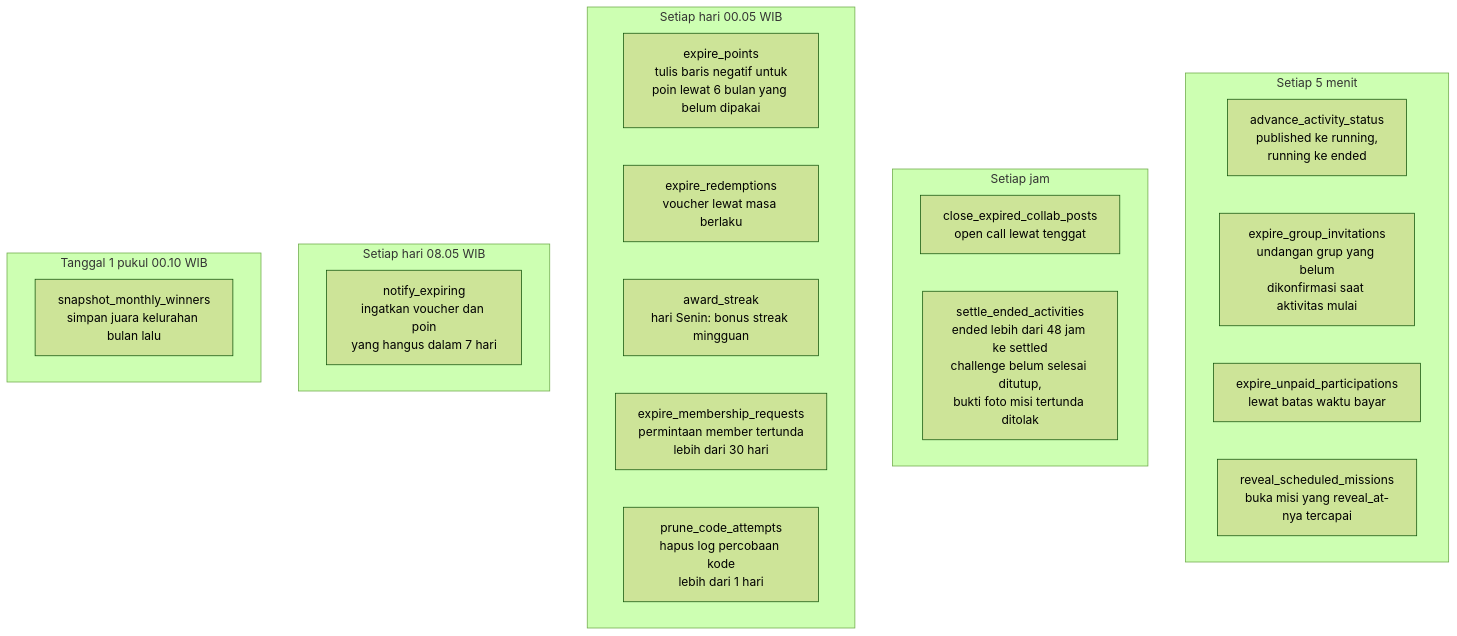
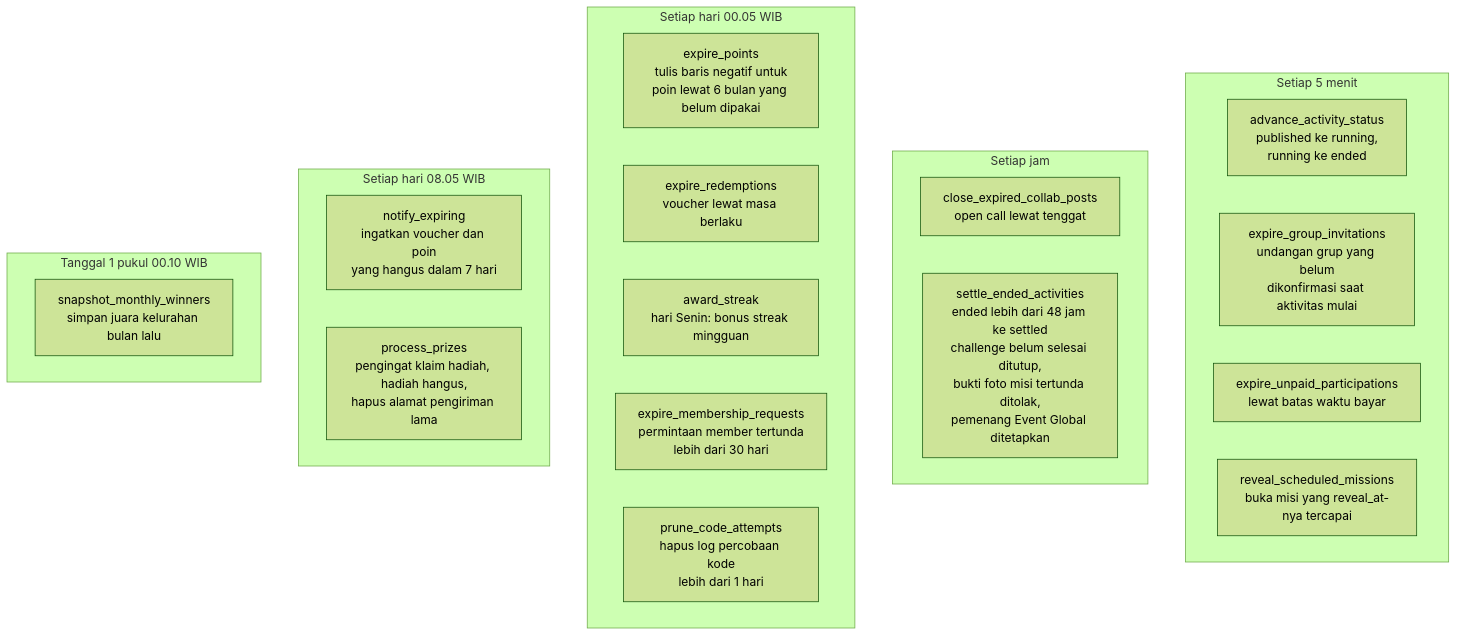
Before and after one commit to mirwanma/gasyu: diagram 25 of 30 in docs/ALUR-SISTEM.md, drawn with Mermaid (forest theme). The commit also changed other lines of this file and 2 other files, not shown here.

First line of the commit message:
Dokumen v0.9: desain Event Global

````diff
--- a/docs/ALUR-SISTEM.md
+++ b/docs/ALUR-SISTEM.md
@@ -1023,26 +1034,27 @@
 ```mermaid
 flowchart TB
     subgraph T5["Setiap 5 menit"]
         J1[advance_activity_status<br/>published ke running,<br/>running ke ended]
         J2[expire_group_invitations<br/>undangan grup yang belum<br/>dikonfirmasi saat aktivitas mulai]
         J10[expire_unpaid_participations<br/>lewat batas waktu bayar]
         J12[reveal_scheduled_missions<br/>buka misi yang reveal_at-nya tercapai]
     end
     subgraph TH["Setiap jam"]
         J3[close_expired_collab_posts<br/>open call lewat tenggat]
-        J4[settle_ended_activities<br/>ended lebih dari 48 jam ke settled<br/>challenge belum selesai ditutup,<br/>bukti foto misi tertunda ditolak]
+        J4[settle_ended_activities<br/>ended lebih dari 48 jam ke settled<br/>challenge belum selesai ditutup,<br/>bukti foto misi tertunda ditolak,<br/>pemenang Event Global ditetapkan]
     end
     subgraph TD1["Setiap hari 00.05 WIB"]
         J5[expire_points<br/>tulis baris negatif untuk<br/>poin lewat 6 bulan yang belum dipakai]
         J6[expire_redemptions<br/>voucher lewat masa berlaku]
         J7[award_streak<br/>hari Senin: bonus streak mingguan]
         J9[expire_membership_requests<br/>permintaan member tertunda<br/>lebih dari 30 hari]
         J11[prune_code_attempts<br/>hapus log percobaan kode<br/>lebih dari 1 hari]
     end
     subgraph TD8["Setiap hari 08.05 WIB"]
         J13[notify_expiring<br/>ingatkan voucher dan poin<br/>yang hangus dalam 7 hari]
+        J14[process_prizes<br/>pengingat klaim hadiah, hadiah hangus,<br/>hapus alamat pengiriman lama]
     end
     subgraph TM["Tanggal 1 pukul 00.10 WIB"]
         J8[snapshot_monthly_winners<br/>simpan juara kelurahan bulan lalu]
     end
 ```
````
